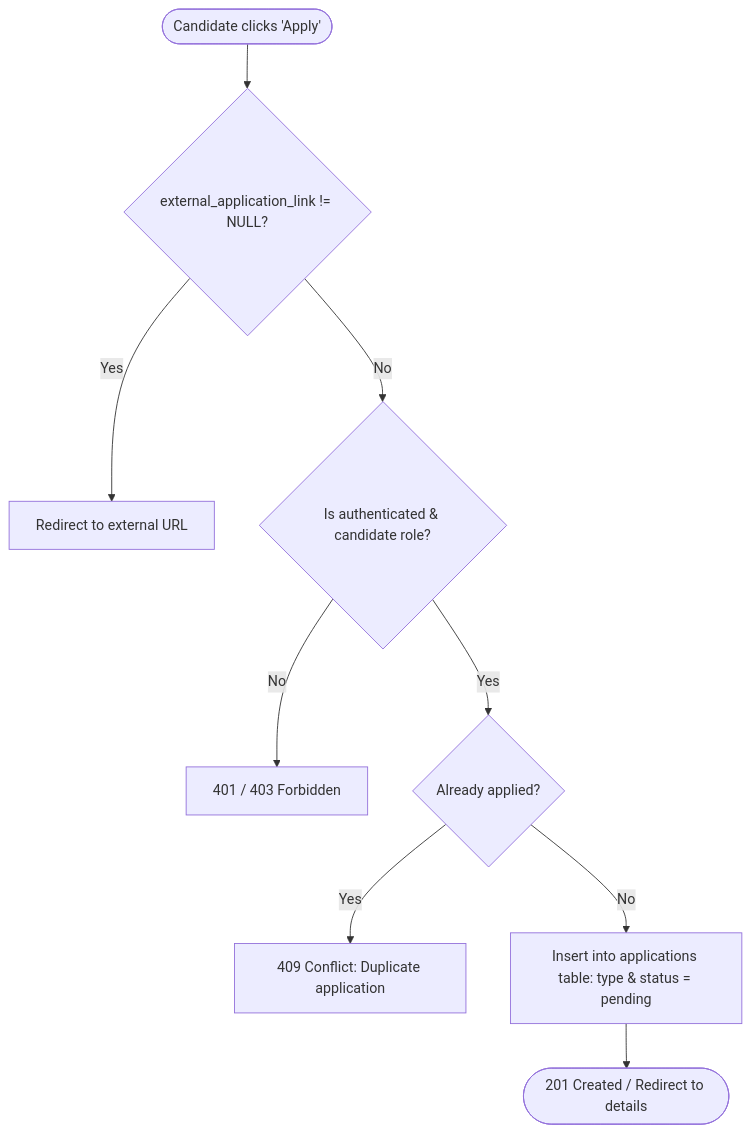
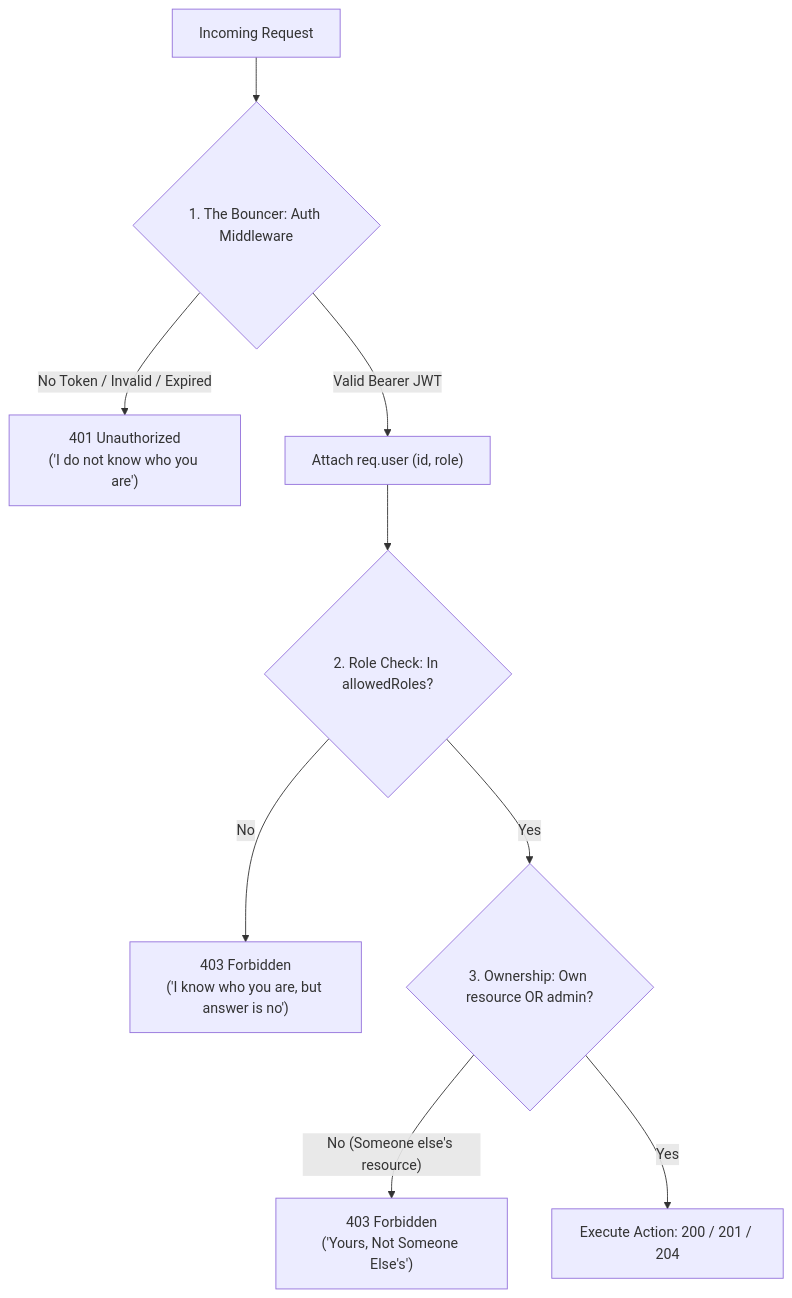
Before and after one commit to beyzaanacoglu/Alumni: the third of 3 diagrams in ddd.md, drawn with Mermaid. The commit also changed other lines of this file and 18 other files, not shown here.

Commit message:
Add auth middleware, dynamic user UI, Alumni Story feature and README auth section

````diff
--- a/ddd.md
+++ b/ddd.md
@@ -87,11 +115,13 @@
 ```mermaid
 flowchart TD
-    Start([Candidate clicks 'Apply']) --> CheckLink{external_application_link != NULL?}
-    CheckLink -- Yes --> Redirect[Redirect to external URL]
-    CheckLink -- No --> CheckAuth{Is authenticated & candidate role?}
-    CheckAuth -- No --> Deny[401 / 403 Forbidden]
-    CheckAuth -- Yes --> CheckDup{Already applied?}
-    CheckDup -- Yes --> Conflict[409 Conflict: Duplicate application]
-    CheckDup -- No --> Store[Insert into applications table: type & status = pending]
-    Store --> Success([201 Created / Redirect to details])
+    Req[Incoming Request] --> Bouncer{1. The Bouncer: Auth Middleware}
+    Bouncer -- "No Token / Invalid / Expired" --> E401["401 Unauthorized\n('I do not know who you are')"]
+    Bouncer -- "Valid Bearer JWT" --> AttachUser["Attach req.user (id, role)"]
+    
+    AttachUser --> RoleCheck{2. Role Check: In allowedRoles?}
+    RoleCheck -- "No" --> E403_Role["403 Forbidden\n('I know who you are, but answer is no')"]
+    
+    RoleCheck -- "Yes" --> OwnershipCheck{3. Ownership: Own resource OR admin?}
+    OwnershipCheck -- "No (Someone else's resource)" --> E403_Owner["403 Forbidden\n('Yours, Not Someone Else's')"]
+    OwnershipCheck -- "Yes" --> Execute[Execute Action: 200 / 201 / 204]
 ```
````
